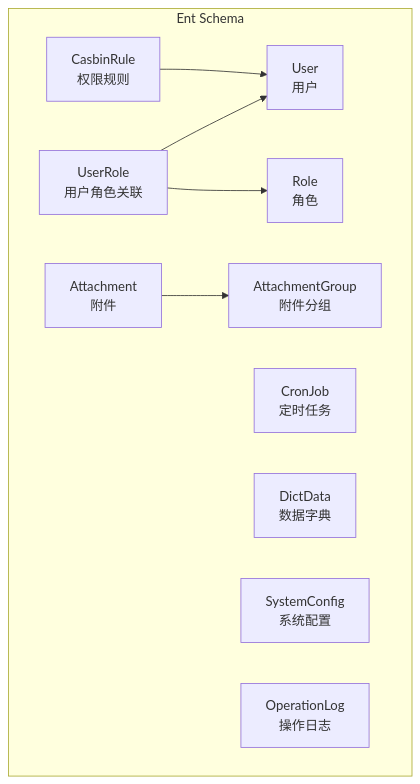
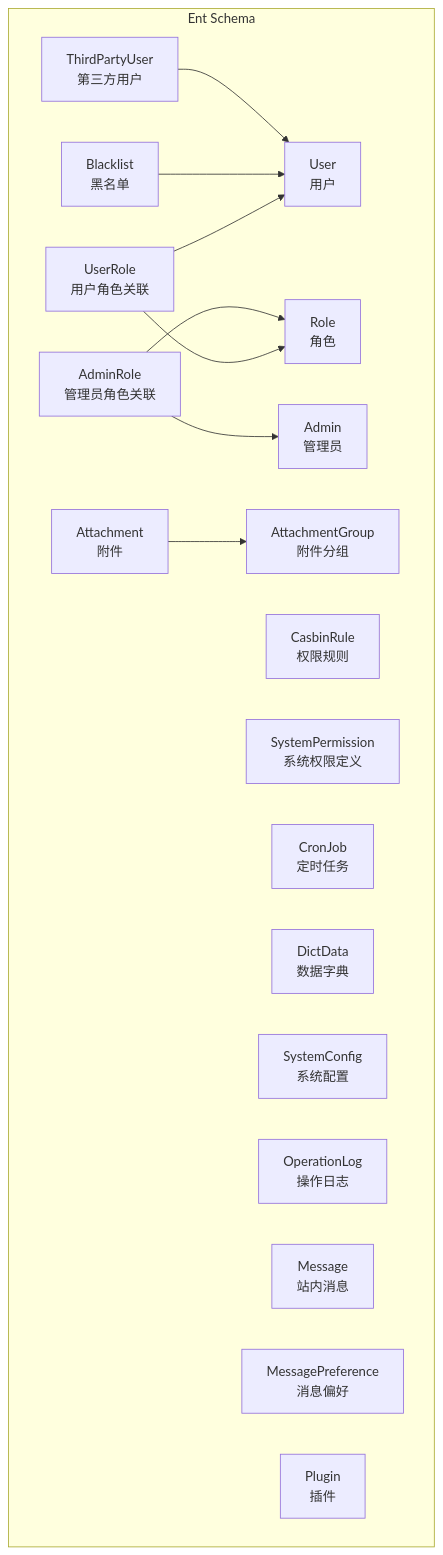
One commit to wuwuseo/e-sports-go-admin changed the first of 13 diagrams in .qoder/repowiki/zh/content/数据库设计/实体关系设计.md. Above: the diagram before and after it, drawn with Mermaid. The commit also changed other lines of this file and 42 other files, not shown here.

````diff
--- a/.qoder/repowiki/zh/content/数据库设计/实体关系设计.md
+++ b/.qoder/repowiki/zh/content/数据库设计/实体关系设计.md
@@ -39,19 +47,30 @@
 ```mermaid
 graph TB
 subgraph "Ent Schema"
 U["User<br/>用户"]
 R["Role<br/>角色"]
 UR["UserRole<br/>用户角色关联"]
+AR["AdminRole<br/>管理员角色关联"]
+A["Admin<br/>管理员"]
 CR["CasbinRule<br/>权限规则"]
+SP["SystemPermission<br/>系统权限定义"]
 AG["AttachmentGroup<br/>附件分组"]
-A["Attachment<br/>附件"]
+AT["Attachment<br/>附件"]
 CJ["CronJob<br/>定时任务"]
 DD["DictData<br/>数据字典"]
 SC["SystemConfig<br/>系统配置"]
 OL["OperationLog<br/>操作日志"]
+MSG["Message<br/>站内消息"]
+MP["MessagePreference<br/>消息偏好"]
+PL["Plugin<br/>插件"]
+BL["Blacklist<br/>黑名单"]
+TP["ThirdPartyUser<br/>第三方用户"]
 end
 UR --> U
 UR --> R
-A --> AG
-CR --> U
+AR --> A
+AR --> R
+AT --> AG
+BL --> U
+TP --> U
 ```
````
